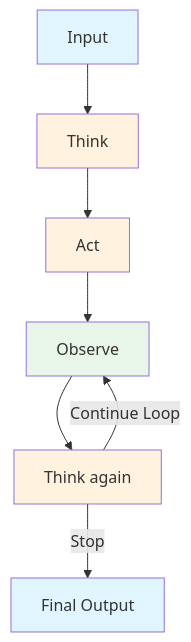
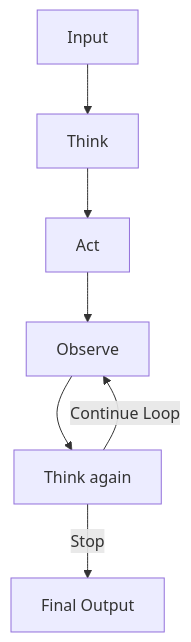
One commit to machinedge/building-effective-agents changed diagram 11 of 21 in building-effective-agents.md. Above: the diagram before and after it, drawn with Mermaid. The commit also changed other lines of this file, not shown here.

Commit message:
removed fill colors in mermaid diagrams

````diff
--- a/building-effective-agents.md
+++ b/building-effective-agents.md
@@ -575,16 +558,9 @@
 ```mermaid
 graph TB
     A["Input"] --> B["Think"]
     B --> C["Act"]
     C --> D["Observe"]
     D --> E["Think again"]
     E -->|Continue Loop| D
     E -->|Stop| F["Final Output"]
-
-    style A fill:#e1f5ff
-    style B fill:#fff3e0
-    style C fill:#fff3e0
-    style D fill:#e8f5e9
-    style E fill:#fff3e0
-    style F fill:#e1f5ff
 ```
````
